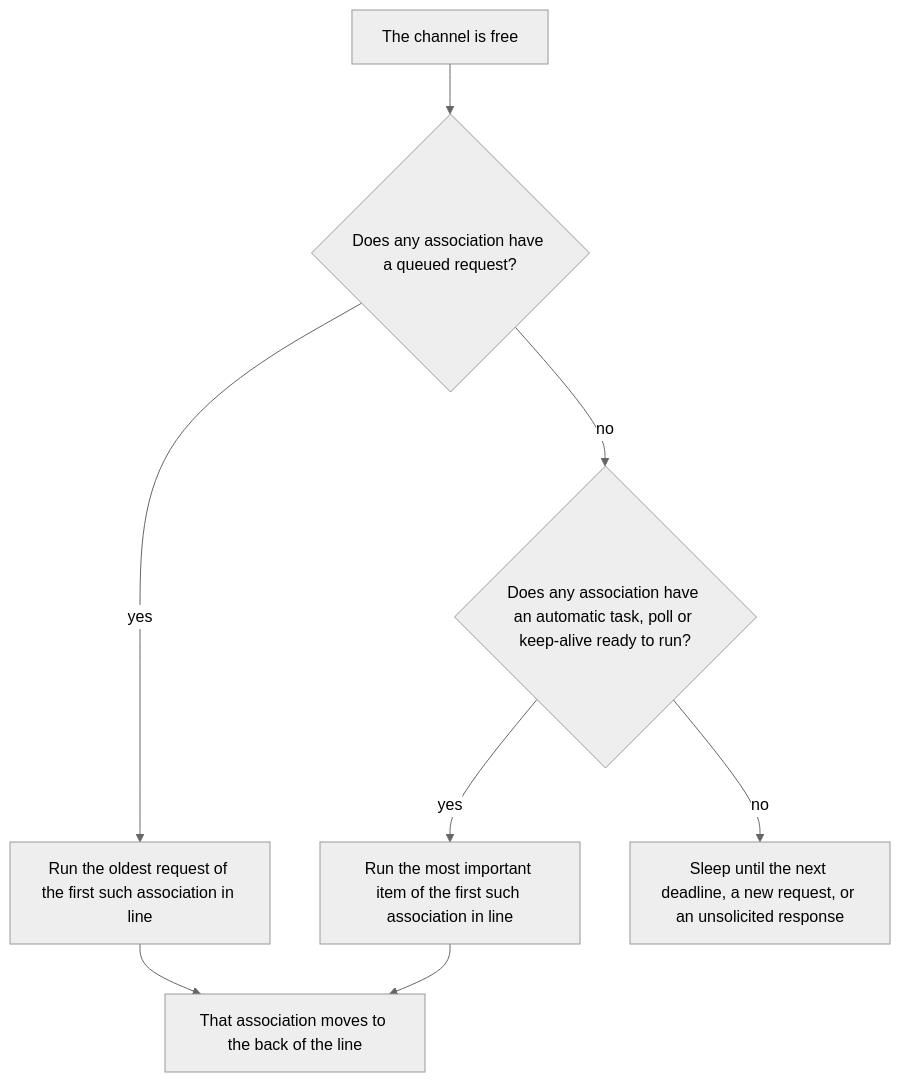
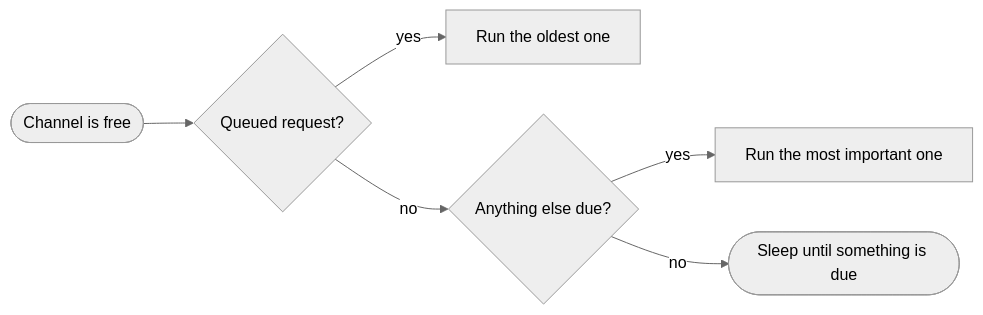
The diagram in guide/docs/api/master/scheduling.mdx (stepfunc/dnp3), drawn with Mermaid (neutral theme) before and after one commit. The commit also changed other lines of this file and 49 other files, not shown here.

````diff
--- a/guide/docs/api/master/scheduling.mdx
+++ b/guide/docs/api/master/scheduling.mdx
@@ -50,10 +50,8 @@
 ```mermaid
-flowchart TD
-    free[The channel is free] --> user{Does any association have a queued request?}
-    user -- yes --> runUser[Run the oldest request of the first such association in line]
-    user -- no --> auto{Does any association have an automatic task, poll or keep-alive ready to run?}
-    auto -- yes --> runAuto[Run the most important item of the first such association in line]
-    auto -- no --> sleep[Sleep until the next deadline, a new request, or an unsolicited response]
-    runUser --> back[That association moves to the back of the line]
-    runAuto --> back
+flowchart LR
+    free([Channel is free]) --> user{Queued request?}
+    user -- yes --> runUser[Run the oldest one]
+    user -- no --> auto{Anything else due?}
+    auto -- yes --> runAuto[Run the most important one]
+    auto -- no --> sleep([Sleep until something is due])
 ```
````
